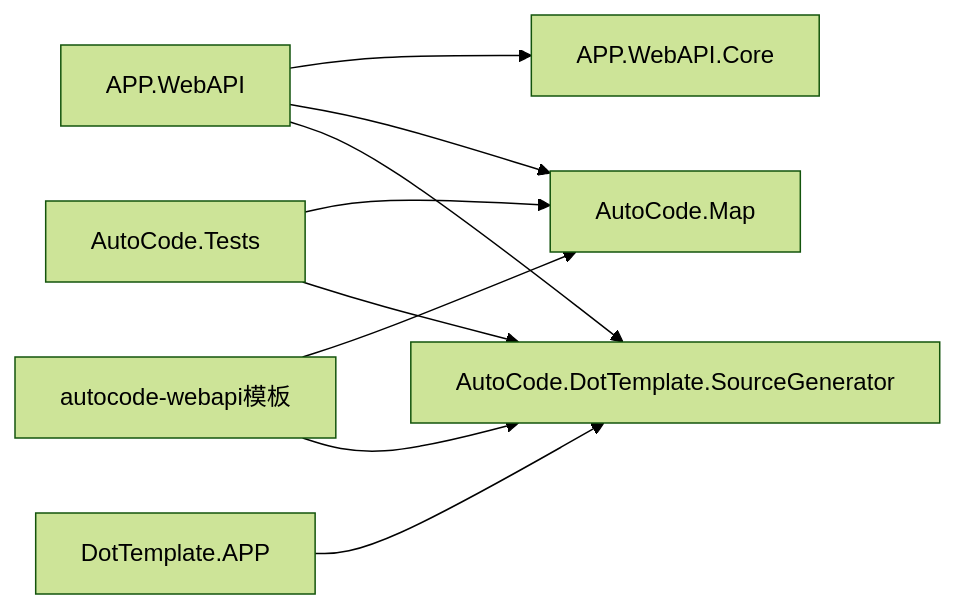
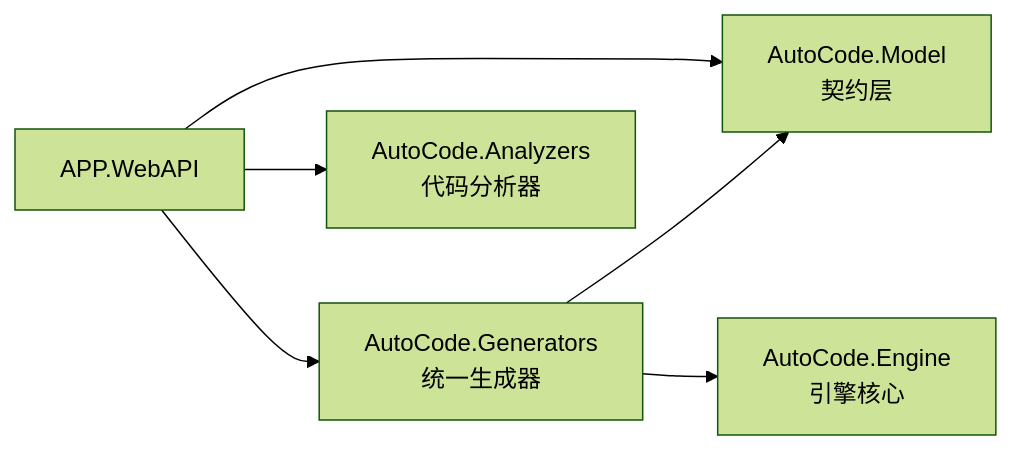
The sixth of 6 diagrams in .qoder/repowiki/zh/content/部署与发布/部署与发布.md (alivy/AutoCode), drawn with Mermaid (forest theme) before and after one commit. The commit also changed other lines of this file and 279 other files, not shown here.

````diff
--- a/.qoder/repowiki/zh/content/部署与发布/部署与发布.md
+++ b/.qoder/repowiki/zh/content/部署与发布/部署与发布.md
@@ -354,11 +302,8 @@
 ```mermaid
 graph LR
-WebAPI["APP.WebAPI"] --> Core["APP.WebAPI.Core"]
-WebAPI --> MapGen["AutoCode.Map"]
-WebAPI --> TplSG["AutoCode.DotTemplate.SourceGenerator"]
-Tests["AutoCode.Tests"] --> MapGen
-Tests --> TplSG
-DotApp["DotTemplate.APP"] --> TplSG
-Template["autocode-webapi模板"] --> MapGen
-Template --> TplSG
+WebAPI["APP.WebAPI"] --> UnifiedGen["AutoCode.Generators<br/>统一生成器"]
+WebAPI --> Analyzers["AutoCode.Analyzers<br/>代码分析器"]
+WebAPI --> Model["AutoCode.Model<br/>契约层"]
+UnifiedGen --> Model
+UnifiedGen --> Engine["AutoCode.Engine<br/>引擎核心"]
 ```
````
